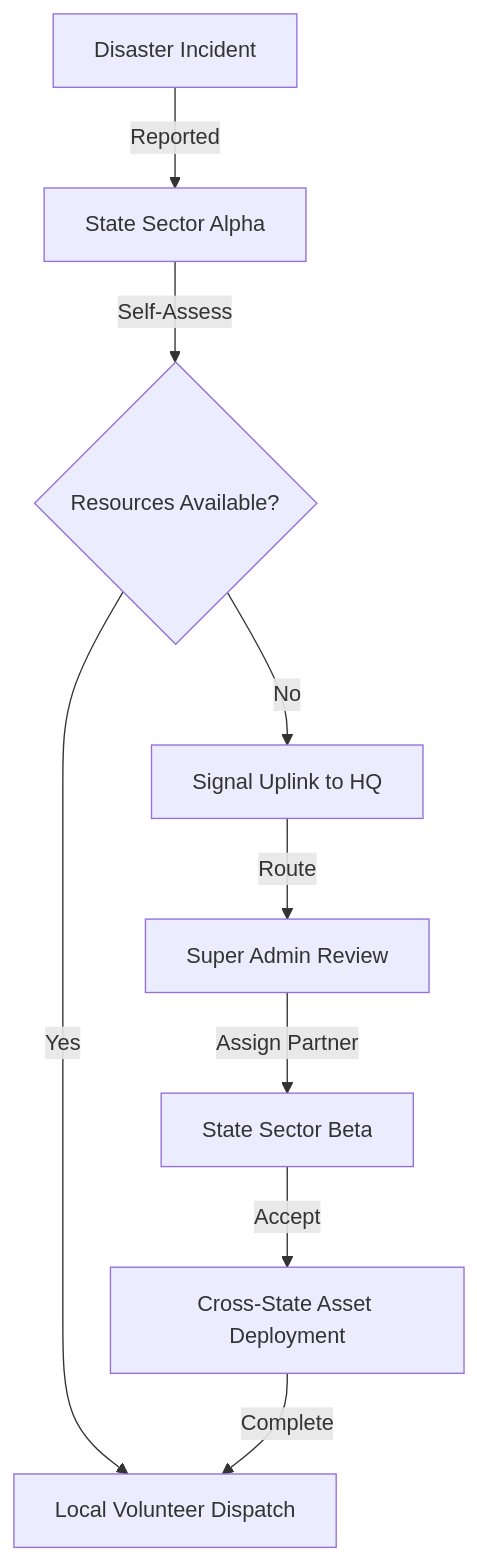
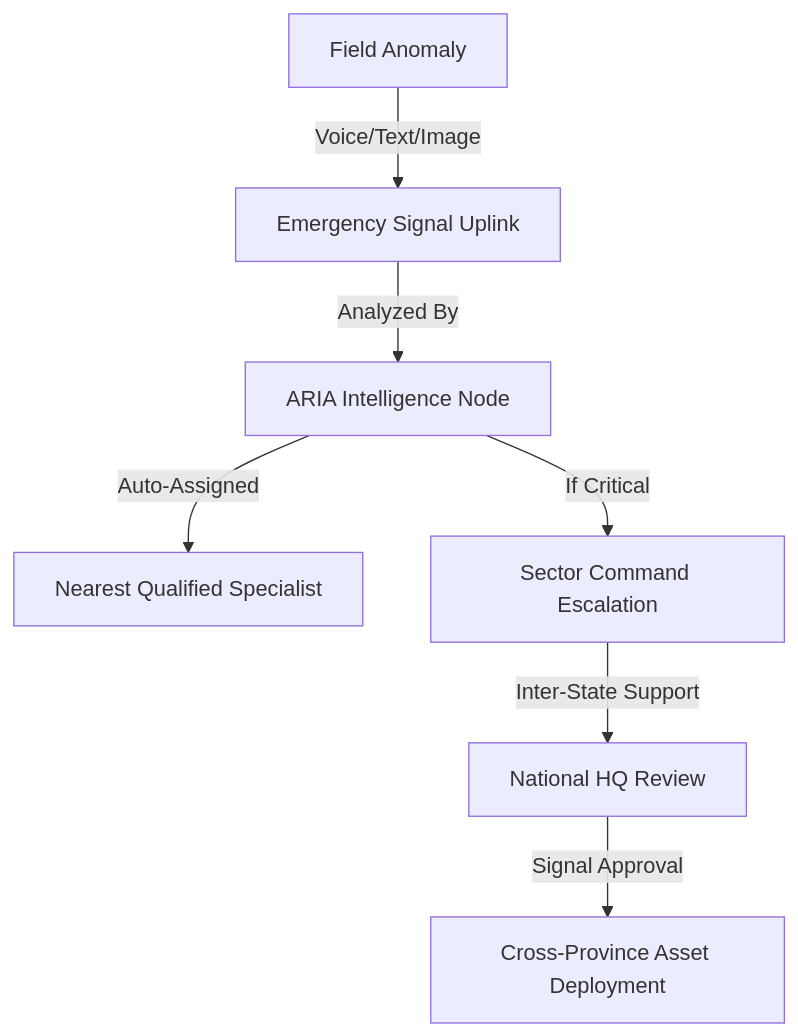
Before and after one commit to SaiDheeraj-19/GrandLine-AI: the diagram in README.md, drawn with Mermaid. The commit also changed other lines of this file, not shown here.

````diff
--- a/README.md
+++ b/README.md
@@ -90,11 +78,9 @@
 ```mermaid
 graph TD
-    A[Disaster Incident] -->|Reported| B[State Sector Alpha]
-    B -->|Self-Assess| C{Resources Available?}
-    C -->|Yes| D[Local Volunteer Dispatch]
-    C -->|No| E[Signal Uplink to HQ]
-    E -->|Route| F[Super Admin Review]
-    F -->|Assign Partner| G[State Sector Beta]
-    G -->|Accept| H[Cross-State Asset Deployment]
-    H -->|Complete| D
+    A[Field Anomaly] -->|Voice/Text/Image| B[Emergency Signal Uplink]
+    B -->|Analyzed By| C[ARIA Intelligence Node]
+    C -->|Auto-Assigned| D[Nearest Qualified Specialist]
+    C -->|If Critical| E[Sector Command Escalation]
+    E -->|Inter-State Support| F[National HQ Review]
+    F -->|Signal Approval| G[Cross-Province Asset Deployment]
 ```
````
